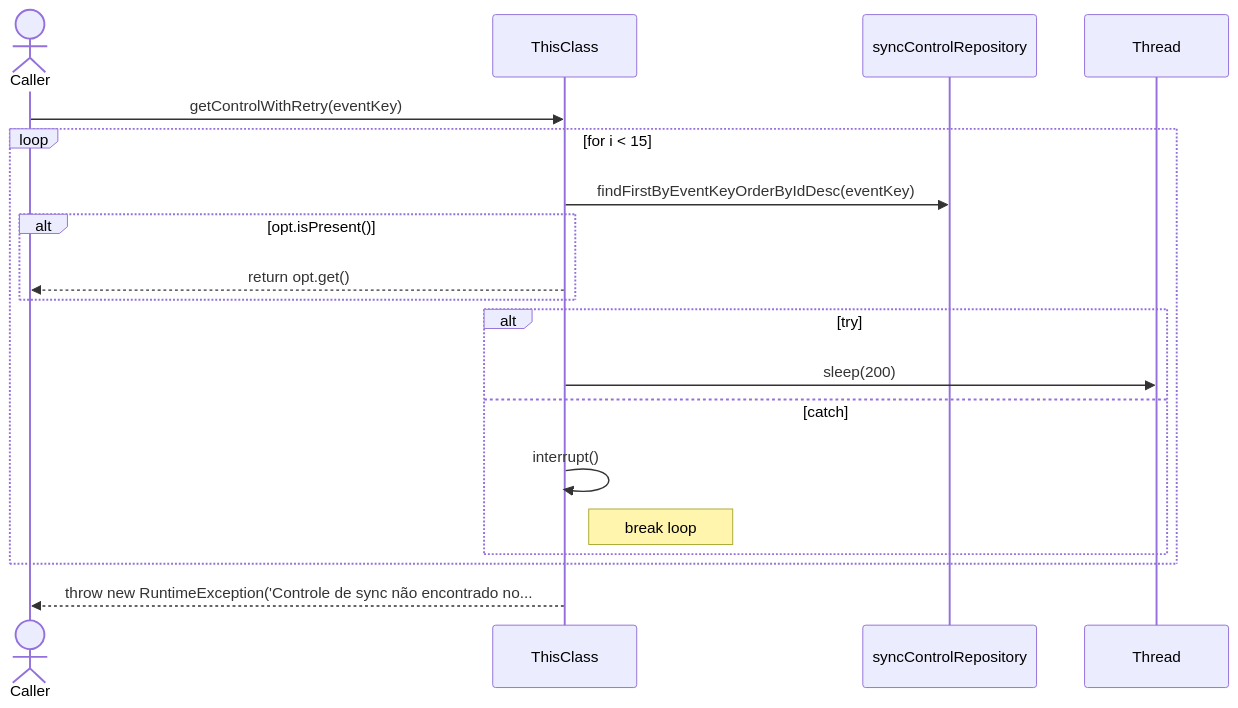
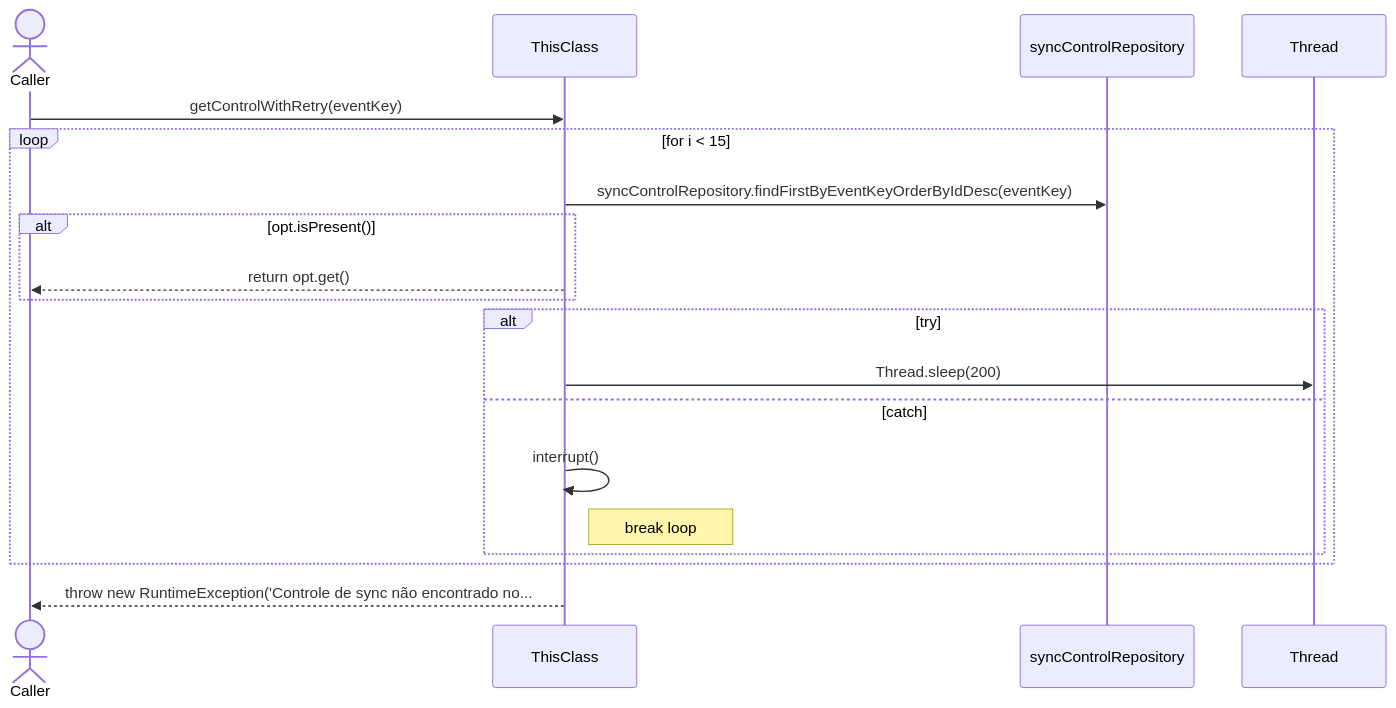
One commit to FelipeMCassiano/geanky changed the ninth of 16 diagrams in docs/CloudSyncUploadService.md. Above: the diagram before and after it, drawn with Mermaid. The commit also changed other lines of this file and 6 other files, not shown here.

````diff
--- a/docs/CloudSyncUploadService.md
+++ b/docs/CloudSyncUploadService.md
@@ -671,23 +671,23 @@
 ```mermaid
 sequenceDiagram
     actor Caller
     participant ThisClass
     participant syncControlRepository
     participant Thread
 
     Caller->>ThisClass: getControlWithRetry(eventKey)
     loop for i < 15
-    ThisClass->>syncControlRepository: findFirstByEventKeyOrderByIdDesc(eventKey)
+    ThisClass->>syncControlRepository: syncControlRepository.findFirstByEventKeyOrderByIdDesc(eventKey)
     alt opt.isPresent()
     ThisClass-->>Caller: return opt.get()
     end
     alt try
-    ThisClass->>Thread: sleep(200)
+    ThisClass->>Thread: Thread.sleep(200)
     else catch 
     ThisClass->>ThisClass: interrupt()
     Note right of ThisClass: break loop
     end
     end
     ThisClass-->>Caller: throw new RuntimeException('Controle de sync não encontrado no...
 
 ```
````
